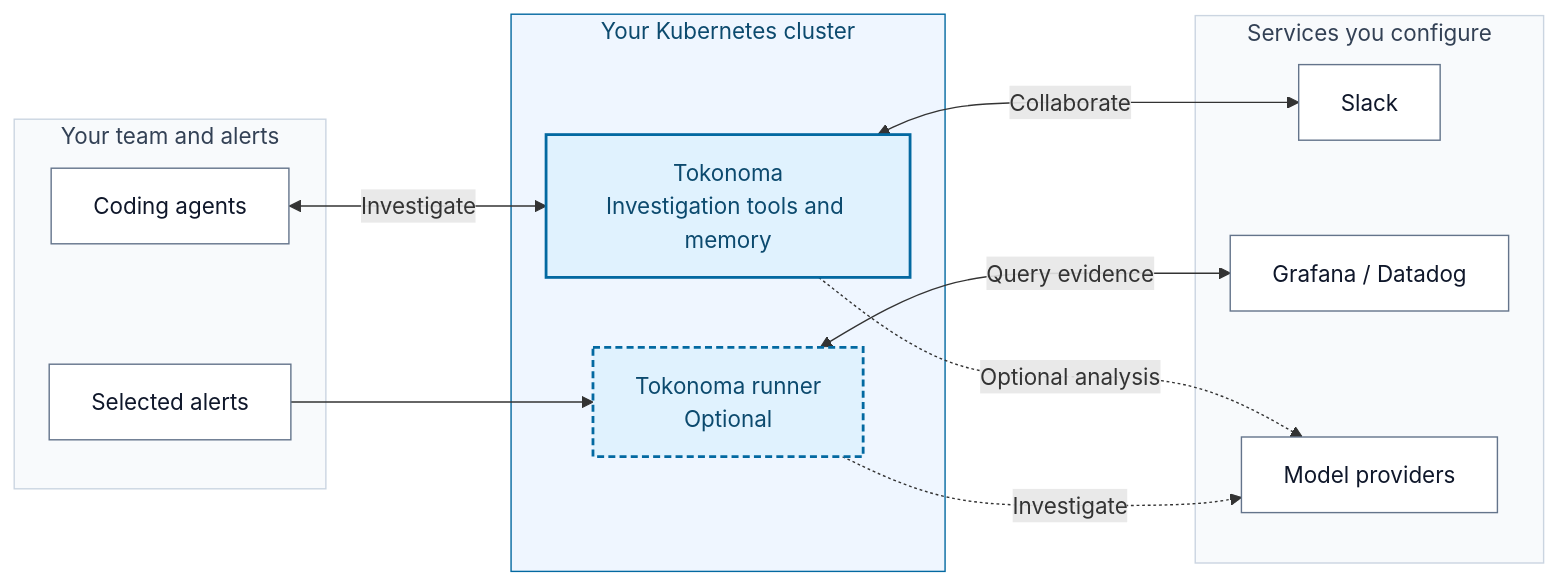
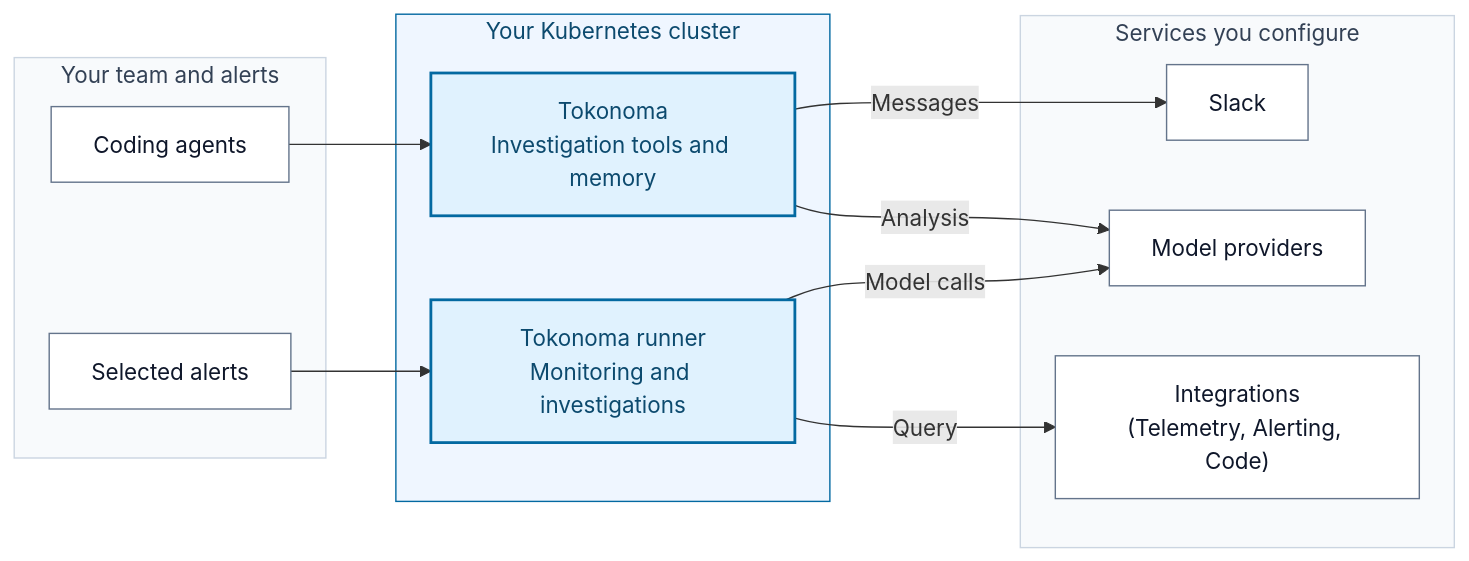
One commit to tokonoma-ai/tokonoma-docs changed the diagram in README.md. Above: the diagram before and after it, drawn with Mermaid. The commit also changed other lines of this file and 31 other files, not shown here.

````diff
--- a/README.md
+++ b/README.md
@@ -7,34 +7,32 @@
 ```mermaid
 flowchart LR
   accTitle: Tokonoma in your environment
-  accDescr: Coding agents connect to Tokonoma, and selected alerts reach the optional Tokonoma runner. Both run in your Kubernetes cluster. Tokonoma connects to Slack and optional model features. The runner queries configured observability tools and its model provider. This is a capability overview, not a map of internal services.
+  accDescr: Coding agents connect to Tokonoma, and selected alerts reach the required Tokonoma runner. Tokonoma and its runner run in your Kubernetes cluster. Tokonoma connects to Slack and its model provider for required analysis. The runner monitors configured telemetry and automatically investigates findings and alerts using its model provider and permitted integrations. Arrows show who opens each connection. This is a capability overview, not a map of internal services.
   subgraph Inputs["Your team and alerts"]
     Agents["Coding agents"]
     Alerts["Selected alerts"]
   end
   subgraph Cluster["Your Kubernetes cluster"]
     Tokonoma["Tokonoma<br/>Investigation tools and memory"]
-    Runner["Tokonoma runner<br/>Optional"]
+    Runner["Tokonoma runner<br/>Monitoring and investigations"]
   end
   subgraph Connections["Services you configure"]
     Slack["Slack"]
-    Tools["Grafana / Datadog"]
     Models["Model providers"]
+    Tools["Integrations<br/>(Telemetry, Alerting, Code)"]
   end
-  Agents <-->|"Investigate"| Tokonoma
+  Agents --> Tokonoma
   Alerts --> Runner
-  Tokonoma <-->|"Collaborate"| Slack
-  Runner <-->|"Query evidence"| Tools
-  Tokonoma -.->|"Optional analysis"| Models
-  Runner -.->|"Investigate"| Models
+  Tokonoma -->|"Messages"| Slack
+  Tokonoma -->|"Analysis"| Models
+  Runner -->|"Model calls"| Models
+  Runner -->|"Query"| Tools
 
   classDef service fill:#e0f2fe,stroke:#0369a1,color:#0c4a6e,stroke-width:2px
-  classDef optional fill:#e0f2fe,stroke:#0369a1,color:#0c4a6e,stroke-width:2px,stroke-dasharray:5 3
   classDef external fill:#fff,stroke:#64748b,color:#0f172a
-  class Tokonoma service
-  class Runner optional
+  class Tokonoma,Runner service
   class Agents,Alerts,Slack,Tools,Models external
   style Cluster fill:#eff6ff,stroke:#0369a1,color:#0c4a6e
   style Inputs fill:#f8fafc,stroke:#cbd5e1,color:#334155
   style Connections fill:#f8fafc,stroke:#cbd5e1,color:#334155
 ```
````
